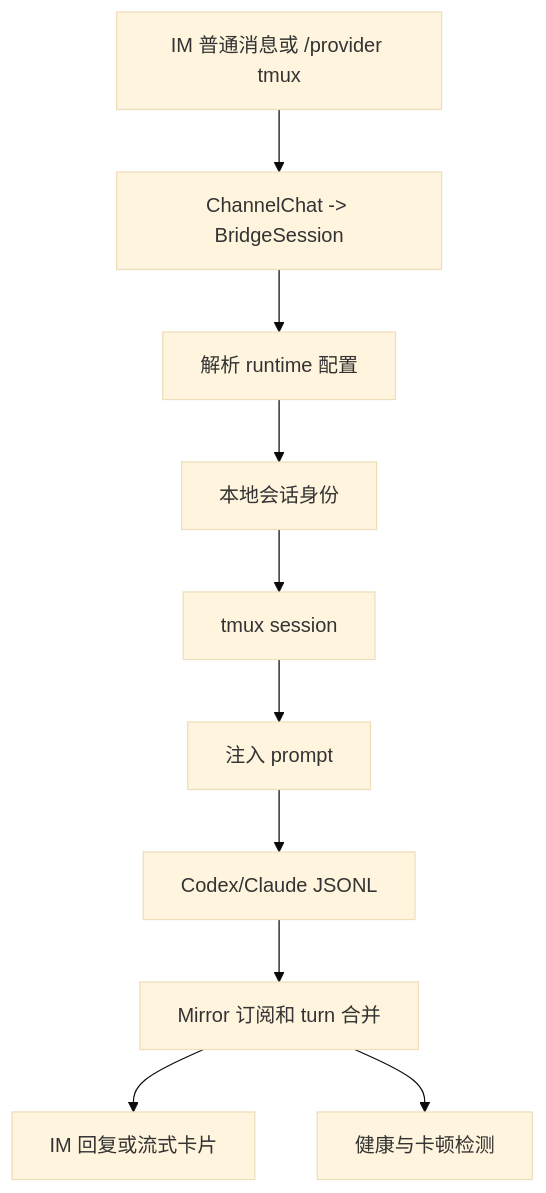
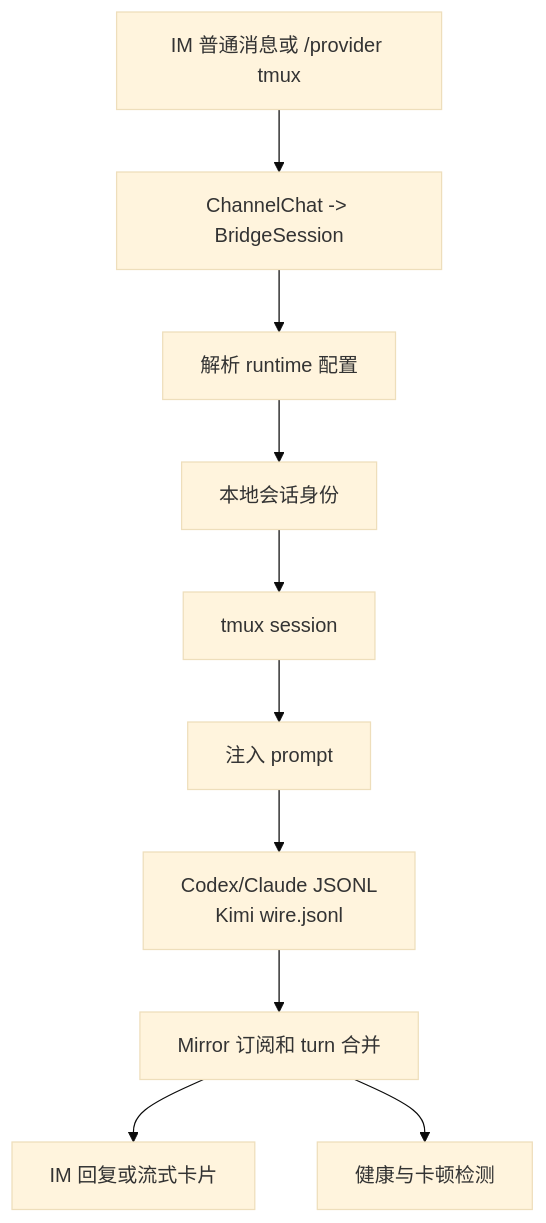
The diagram in docs/architecture/tmux-runtime-lifecycle.md (huiyeruzhou/codelark), drawn with Mermaid (base theme) before and after one commit. The commit also changed other lines of this file and 191 other files, not shown here.

````diff
--- a/docs/architecture/tmux-runtime-lifecycle.md
+++ b/docs/architecture/tmux-runtime-lifecycle.md
@@ -7,23 +7,23 @@
 ```mermaid
 flowchart TD
   msg[IM 普通消息或 /provider tmux]
   binding[ChannelChat -> BridgeSession]
   config[解析 runtime 配置]
   thread[本地会话身份]
   tmux[tmux session]
   inject[注入 prompt]
-  jsonl[Codex/Claude JSONL]
+  jsonl[Codex/Claude JSONL<br/>Kimi wire.jsonl]
   mirror[Mirror 订阅和 turn 合并]
   health[健康与卡顿检测]
   reply[IM 回复或流式卡片]
 
   msg --> binding
   binding --> config
   config --> thread
   thread --> tmux
   tmux --> inject
   inject --> jsonl
   jsonl --> mirror
   mirror --> reply
   mirror --> health
 ```
````
